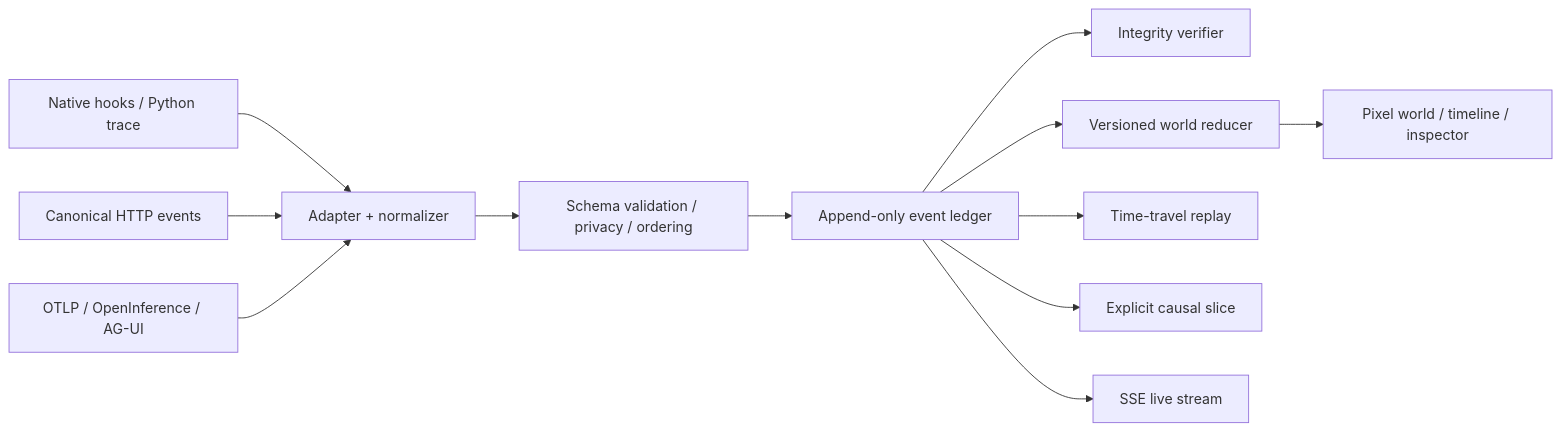
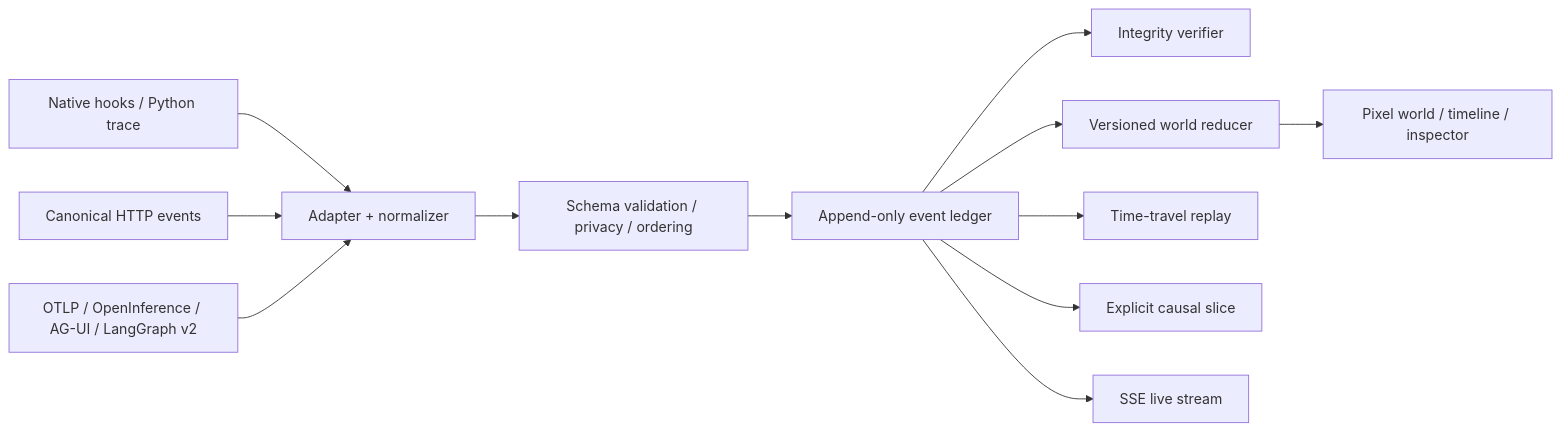
One commit to BaoBao1996121/agent-flow-visualizer changed the diagram in README.md. Above: the diagram before and after it, drawn with Mermaid. The commit also changed other lines of this file and 31 other files, not shown here.

Commit message:
feat: harden LangGraph observability and visual roadmap

````diff
--- a/README.md
+++ b/README.md
@@ -98,14 +117,14 @@
 ```mermaid
 flowchart LR
     A[Native hooks / Python trace] --> N[Adapter + normalizer]
     B[Canonical HTTP events] --> N
-    C[OTLP / OpenInference / AG-UI] --> N
+    C[OTLP / OpenInference / AG-UI / LangGraph v2] --> N
     N --> V[Schema validation / privacy / ordering]
     V --> L[Append-only event ledger]
     L --> I[Integrity verifier]
     L --> R[Versioned world reducer]
     R --> W[Pixel world / timeline / inspector]
     L --> T[Time-travel replay]
     L --> G[Explicit causal slice]
     L --> S[SSE live stream]
 ```
````
